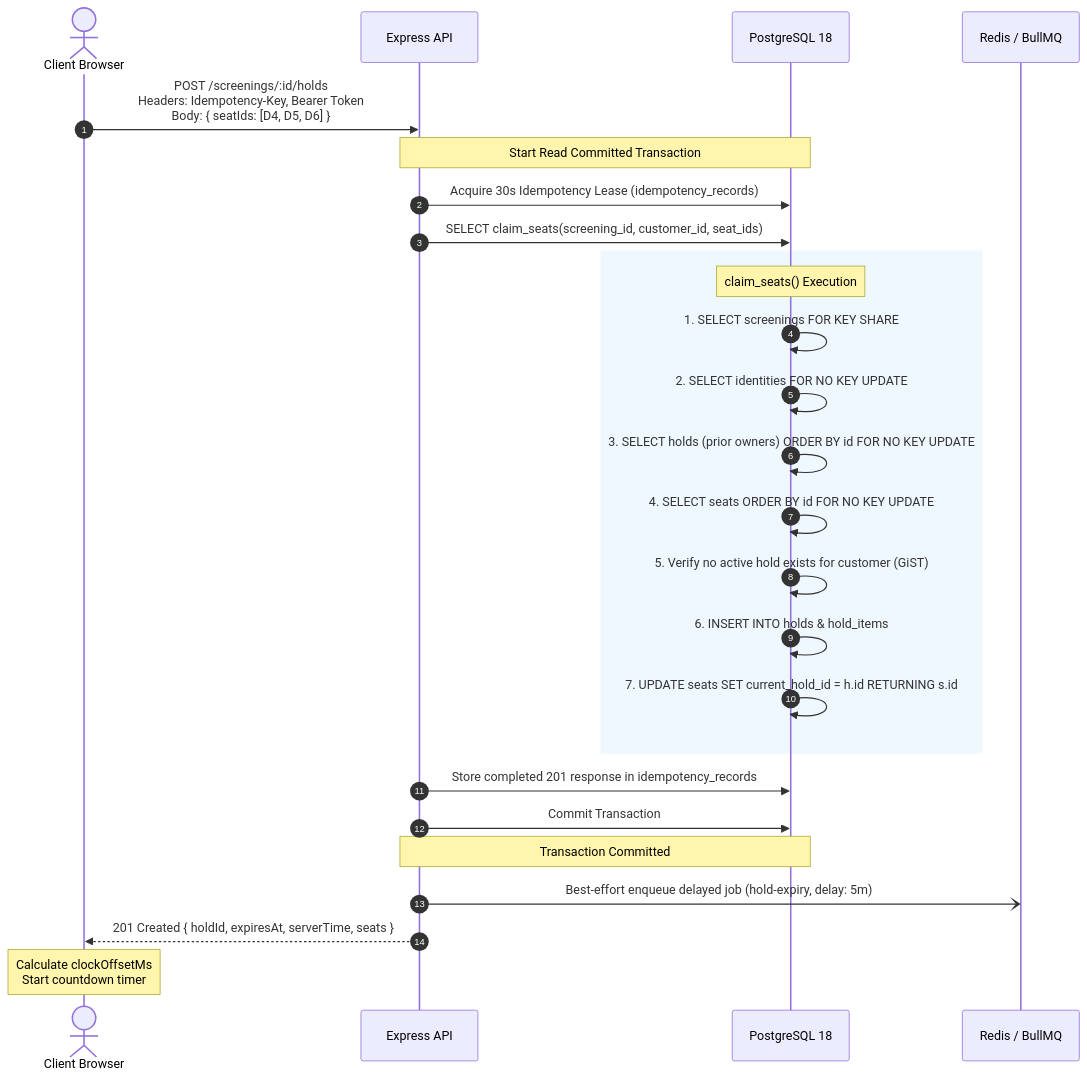
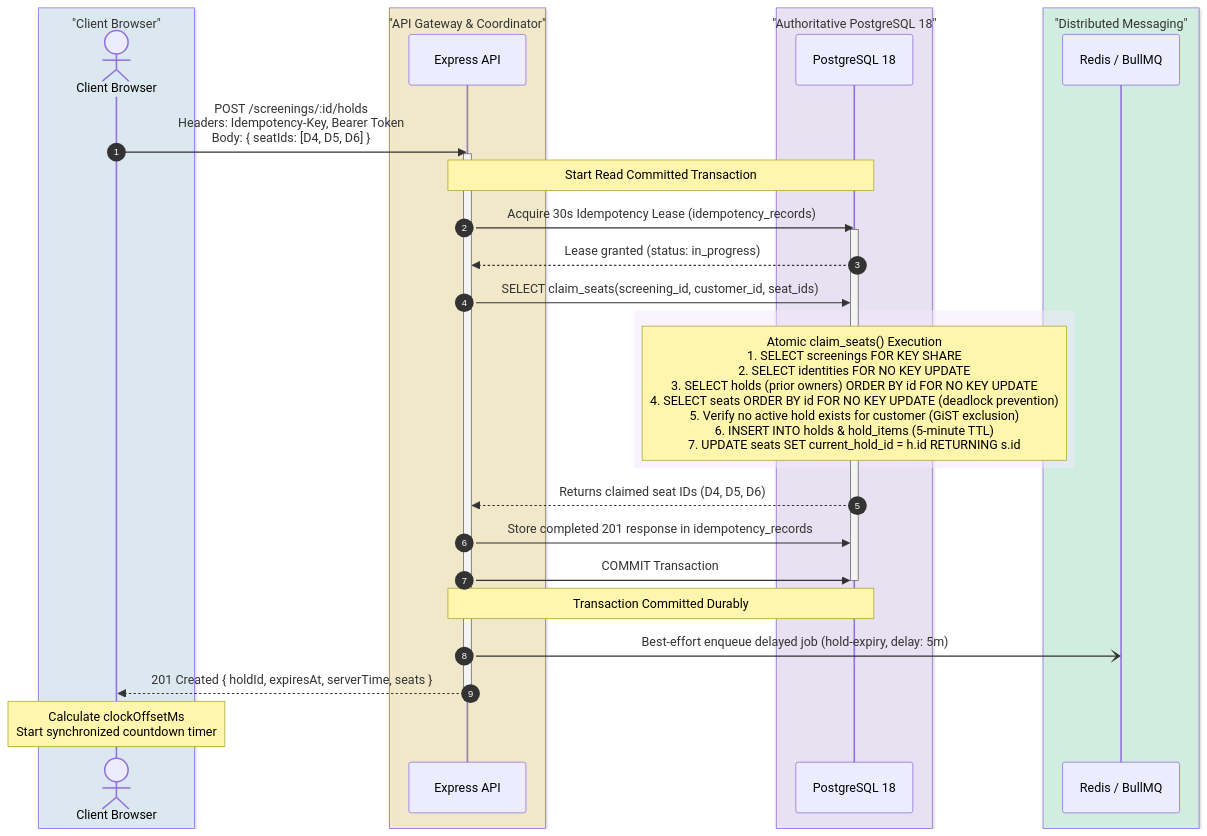
Before and after one commit to YuvvrajSingh/seat-rush: the third of 4 diagrams in docs/ARCHITECTURE_AND_USER_GUIDE.md, drawn with Mermaid. The commit also changed other lines of this file and 2 other files, not shown here.

Commit message:
docs: overhaul all Mermaid diagrams with modern styling, ERD, sequence boxes, and state machines

````diff
--- a/docs/ARCHITECTURE_AND_USER_GUIDE.md
+++ b/docs/ARCHITECTURE_AND_USER_GUIDE.md
@@ -226,31 +379,38 @@
 ```mermaid
 sequenceDiagram
     autonumber
-    actor User as Client Browser
-    participant API as Express API
-    participant DB as PostgreSQL 18
-    participant Redis as Redis / BullMQ
+    box rgba(224, 242, 254, 0.7) "Client Browser"
+        actor User as Client Browser
+    end
+    box rgba(254, 243, 199, 0.7) "API Gateway & Coordinator"
+        participant API as Express API
+    end
+    box rgba(243, 232, 255, 0.7) "Authoritative PostgreSQL 18"
+        participant DB as PostgreSQL 18
+    end
+    box rgba(209, 250, 229, 0.7) "Distributed Messaging"
+        participant Redis as Redis / BullMQ
+    end
 
     User->>API: POST /screenings/:id/holds<br/>Headers: Idempotency-Key, Bearer Token<br/>Body: { seatIds: [D4, D5, D6] }
+    activate API
     Note over API,DB: Start Read Committed Transaction
     API->>DB: Acquire 30s Idempotency Lease (idempotency_records)
+    activate DB
+    DB-->>API: Lease granted (status: in_progress)
     API->>DB: SELECT claim_seats(screening_id, customer_id, seat_ids)
     
-    rect rgb(240, 248, 255)
-        Note over DB: claim_seats() Execution
-        DB->>DB: 1. SELECT screenings FOR KEY SHARE
-        DB->>DB: 2. SELECT identities FOR NO KEY UPDATE
-        DB->>DB: 3. SELECT holds (prior owners) ORDER BY id FOR NO KEY UPDATE
-        DB->>DB: 4. SELECT seats ORDER BY id FOR NO KEY UPDATE
-        DB->>DB: 5. Verify no active hold exists for customer (GiST)
-        DB->>DB: 6. INSERT INTO holds & hold_items
-        DB->>DB: 7. UPDATE seats SET current_hold_id = h.id RETURNING s.id
+    rect rgba(243, 232, 255, 0.5)
+        Note over DB: Atomic claim_seats() Execution<br/>1. SELECT screenings FOR KEY SHARE<br/>2. SELECT identities FOR NO KEY UPDATE<br/>3. SELECT holds (prior owners) ORDER BY id FOR NO KEY UPDATE<br/>4. SELECT seats ORDER BY id FOR NO KEY UPDATE (deadlock prevention)<br/>5. Verify no active hold exists for customer (GiST exclusion)<br/>6. INSERT INTO holds & hold_items (5-minute TTL)<br/>7. UPDATE seats SET current_hold_id = h.id RETURNING s.id
     end
 
+    DB-->>API: Returns claimed seat IDs (D4, D5, D6)
     API->>DB: Store completed 201 response in idempotency_records
-    API->>DB: Commit Transaction
-    Note over API,DB: Transaction Committed
+    API->>DB: COMMIT Transaction
+    deactivate DB
+    Note over API,DB: Transaction Committed Durably
     API-)Redis: Best-effort enqueue delayed job (hold-expiry, delay: 5m)
     API-->>User: 201 Created { holdId, expiresAt, serverTime, seats }
-    Note over User: Calculate clockOffsetMs<br/>Start countdown timer
+    deactivate API
+    Note over User: Calculate clockOffsetMs<br/>Start synchronized countdown timer
 ```
````
